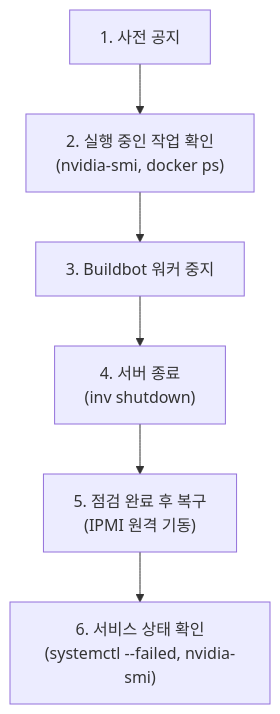
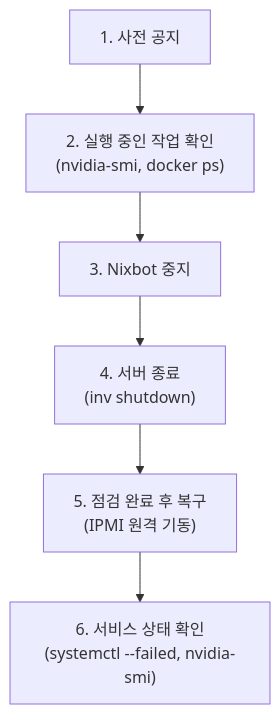
Before and after one commit to SBEE-Lab/infra: the diagram in docs/admin/datacenter.md, drawn with Mermaid. The commit also changed other lines of this file and 24 other files, not shown here.

First line of the commit message:
ci: migrate buildbot deployment to nixbot

````diff
--- a/docs/admin/datacenter.md
+++ b/docs/admin/datacenter.md
@@ -78,8 +78,8 @@
 ```mermaid
 flowchart TD
   A["1. 사전 공지"] --> B["2. 실행 중인 작업 확인<br/>(nvidia-smi, docker ps)"]
-  B --> C["3. Buildbot 워커 중지"]
+  B --> C["3. Nixbot 중지"]
   C --> D["4. 서버 종료<br/>(inv shutdown)"]
   D --> E["5. 점검 완료 후 복구<br/>(IPMI 원격 기동)"]
   E --> F["6. 서비스 상태 확인<br/>(systemctl --failed, nvidia-smi)"]
 ```
````
